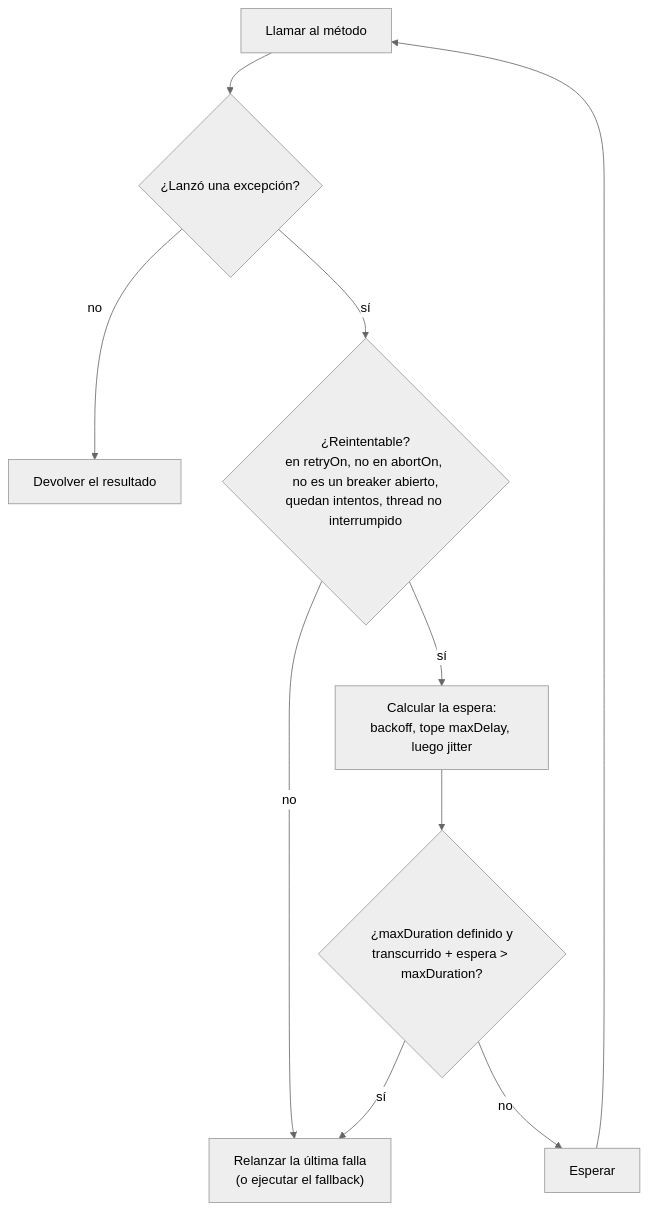
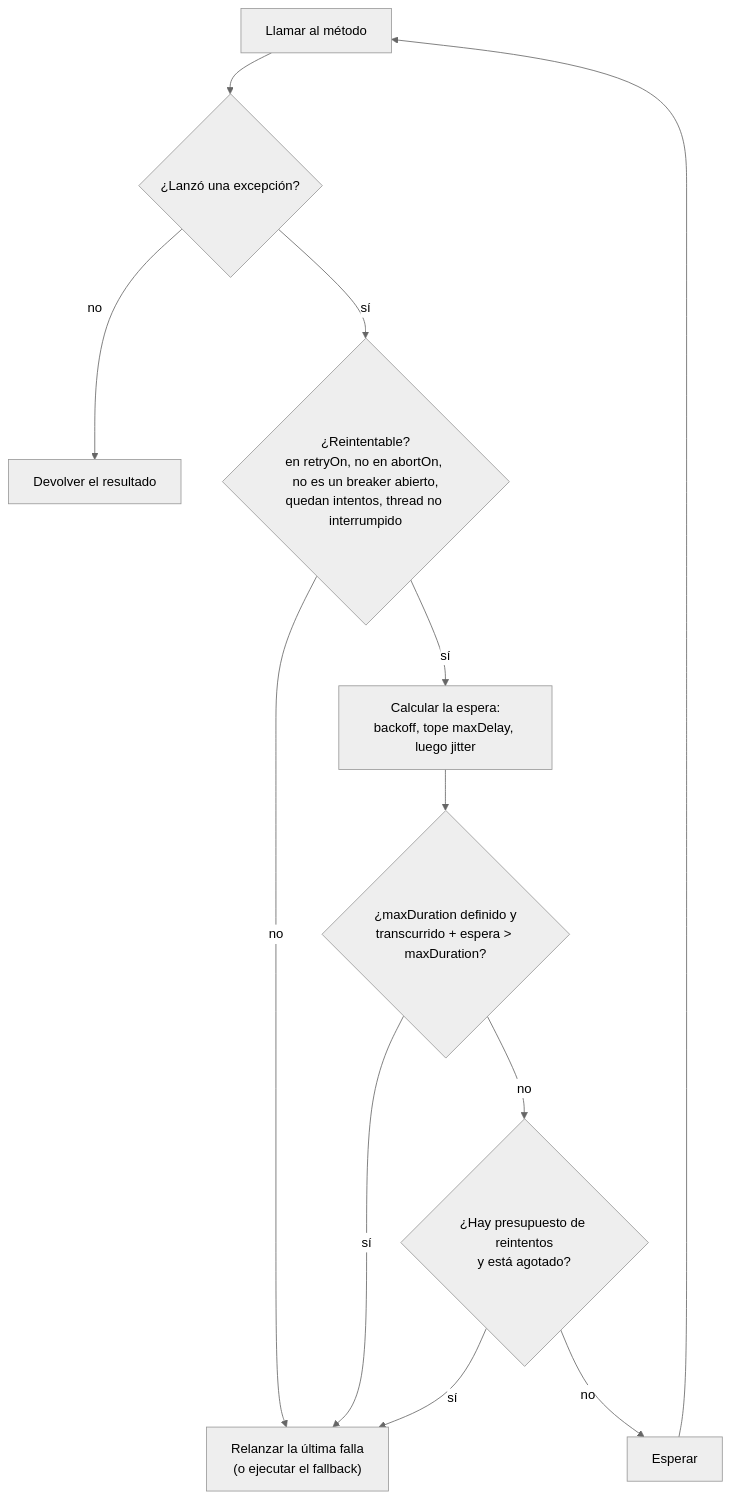
One commit to fabiangftech/resilience4cata changed the diagram in docs/es/policies/retry.md. Above: the diagram before and after it, drawn with Mermaid (neutral theme). The commit also changed other lines of this file and 98 other files, not shown here.

````diff
--- a/docs/es/policies/retry.md
+++ b/docs/es/policies/retry.md
@@ -78,11 +78,13 @@
 ```mermaid
 flowchart TD
     attempt["Llamar al método"] --> threw{"¿Lanzó una excepción?"}
     threw -- no --> done["Devolver el resultado"]
     threw -- sí --> retryable{"¿Reintentable?<br/>en retryOn, no en abortOn, no es un breaker abierto,<br/>quedan intentos, thread no interrumpido"}
     retryable -- no --> fail["Relanzar la última falla<br/>(o ejecutar el fallback)"]
     retryable -- sí --> delay["Calcular la espera:<br/>backoff, tope maxDelay, luego jitter"]
     delay --> budget{"¿maxDuration definido y<br/>transcurrido + espera > maxDuration?"}
     budget -- sí --> fail
-    budget -- no --> sleep["Esperar"] --> attempt
+    budget -- no --> retryBudget{"¿Hay presupuesto de reintentos<br/>y está agotado?"}
+    retryBudget -- sí --> fail
+    retryBudget -- no --> sleep["Esperar"] --> attempt
 ```
````
